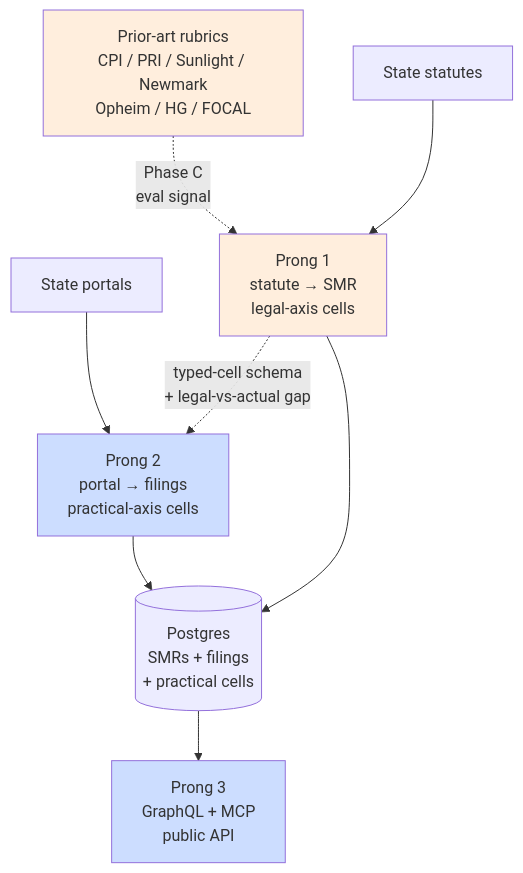
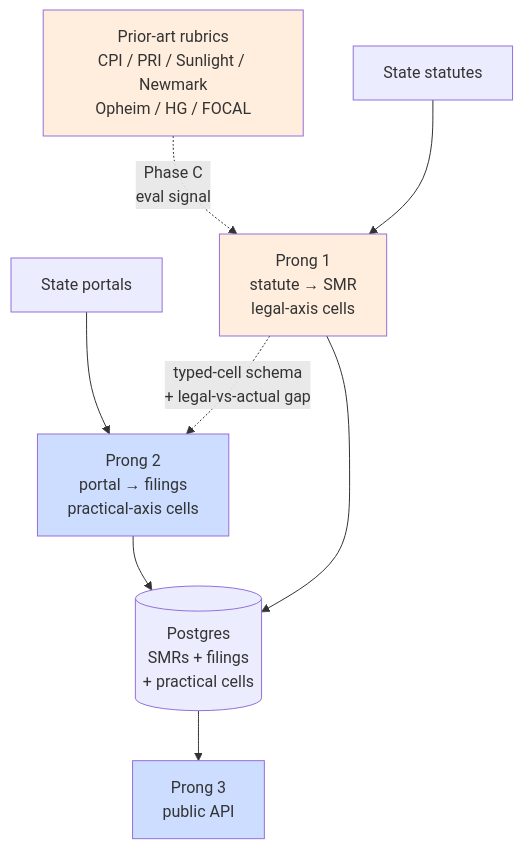
One commit to danparshall/lobby_analysis changed the first of 2 diagrams in docs/RESEARCH_ARC.md. Above: the diagram before and after it, drawn with Mermaid. The commit also changed other lines of this file, not shown here.

First line of the commit message:
RESEARCH_ARC rewrite per triaged #49 scope: direct-read is the extraction path; Ralph loop has run (19/30 post-Phase-1); SMR-as-canonical + Anna Karenina + de-jure-only principles; Prong 2 as most mature prong with three-axis architecture (FTM sunset caveat per #43); mooted open questions pruned

````diff
--- a/docs/RESEARCH_ARC.md
+++ b/docs/RESEARCH_ARC.md
@@ -37,20 +55,20 @@
 ```mermaid
 flowchart TB
     PA[Prior-art rubrics<br/>CPI / PRI / Sunlight / Newmark<br/>Opheim / HG / FOCAL]
     S[State statutes]
     P[State portals]
 
     PA -.->|Phase C<br/>eval signal| P1
     S --> P1[Prong 1<br/>statute → SMR<br/>legal-axis cells]
     P --> P2[Prong 2<br/>portal → filings<br/>practical-axis cells]
     P1 -.->|typed-cell schema<br/>+ legal-vs-actual gap| P2
 
     P1 --> DB[(Postgres<br/>SMRs + filings<br/>+ practical cells)]
     P2 --> DB
-    DB --> P3[Prong 3<br/>GraphQL + MCP<br/>public API]
+    DB --> P3[Prong 3<br/>public API]
 
     style P1 fill:#fed
     style P2 fill:#cdf
     style P3 fill:#cdf
     style PA fill:#fed
 ```
````
